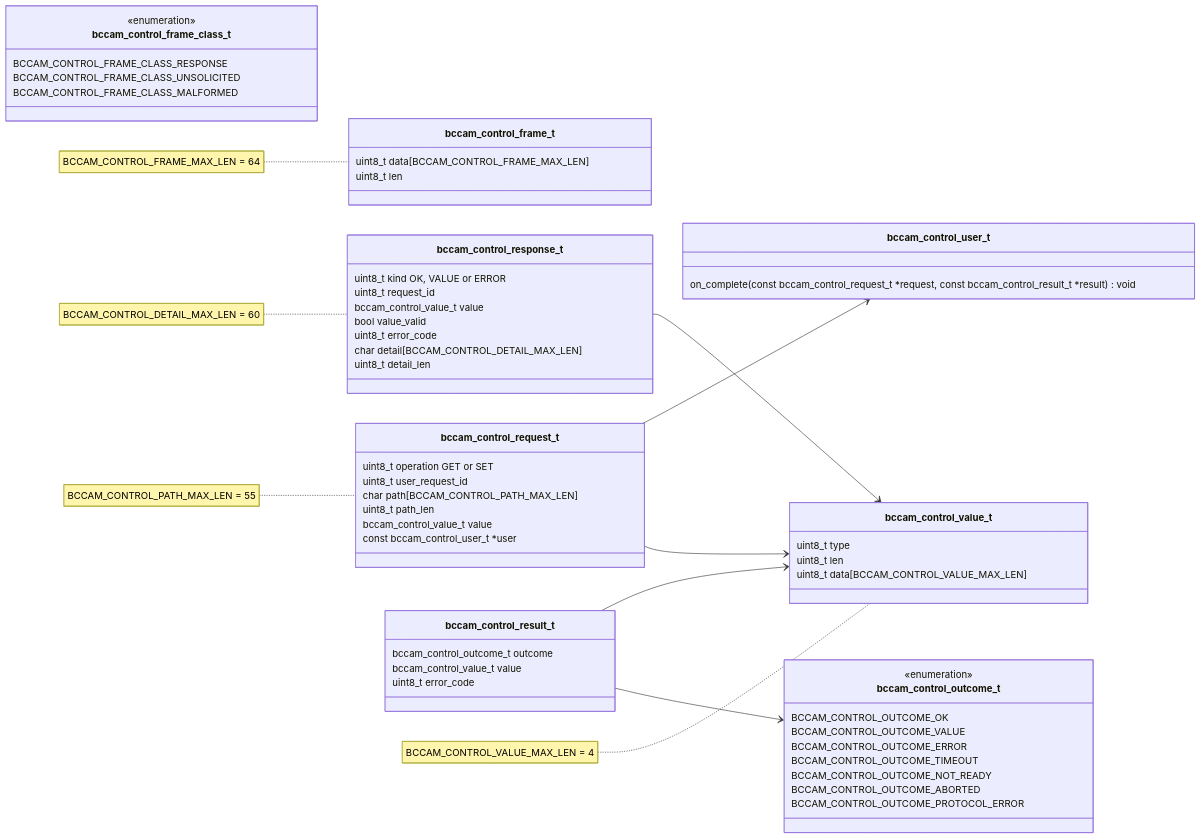
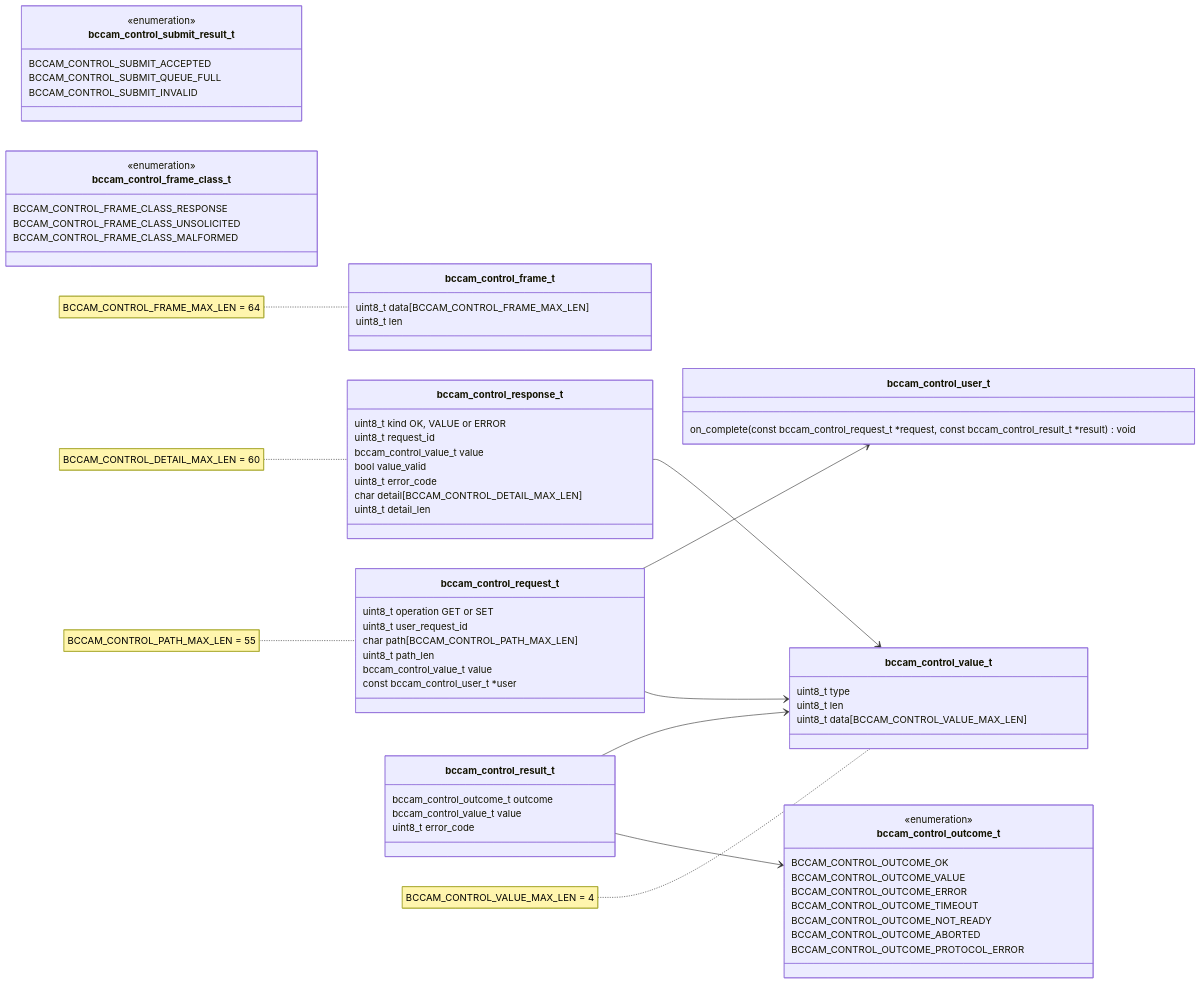
Before and after one commit to bitcraze/crazyflie-firmware: the second of 10 diagrams in docs/functional-areas/camera-deck-control.md, drawn with Mermaid. The commit also changed other lines of this file, not shown here.

````diff
--- a/docs/functional-areas/camera-deck-control.md
+++ b/docs/functional-areas/camera-deck-control.md
@@ -229,72 +230,79 @@
 ```mermaid
 classDiagram
     direction LR
 
     class bccam_control_frame_t {
         uint8_t data[BCCAM_CONTROL_FRAME_MAX_LEN]
         uint8_t len
     }
     note for bccam_control_frame_t "BCCAM_CONTROL_FRAME_MAX_LEN = 64"
 
     class bccam_control_request_t {
         uint8_t operation GET or SET
         uint8_t user_request_id
         char path[BCCAM_CONTROL_PATH_MAX_LEN]
         uint8_t path_len
         bccam_control_value_t value
         const bccam_control_user_t *user
     }
     note for bccam_control_request_t "BCCAM_CONTROL_PATH_MAX_LEN = 55"
 
     class bccam_control_response_t {
         uint8_t kind OK, VALUE or ERROR
         uint8_t request_id
         bccam_control_value_t value
         bool value_valid
         uint8_t error_code
         char detail[BCCAM_CONTROL_DETAIL_MAX_LEN]
         uint8_t detail_len
     }
     note for bccam_control_response_t "BCCAM_CONTROL_DETAIL_MAX_LEN = 60"
 
     class bccam_control_user_t {
         on_complete(const bccam_control_request_t *request, const bccam_control_result_t *result) void
     }
 
     class bccam_control_result_t {
         bccam_control_outcome_t outcome
         bccam_control_value_t value
         uint8_t error_code
     }
 
     class bccam_control_outcome_t {
         <<enumeration>>
         BCCAM_CONTROL_OUTCOME_OK
         BCCAM_CONTROL_OUTCOME_VALUE
         BCCAM_CONTROL_OUTCOME_ERROR
         BCCAM_CONTROL_OUTCOME_TIMEOUT
         BCCAM_CONTROL_OUTCOME_NOT_READY
         BCCAM_CONTROL_OUTCOME_ABORTED
         BCCAM_CONTROL_OUTCOME_PROTOCOL_ERROR
     }
 
+    class bccam_control_submit_result_t {
+        <<enumeration>>
+        BCCAM_CONTROL_SUBMIT_ACCEPTED
+        BCCAM_CONTROL_SUBMIT_QUEUE_FULL
+        BCCAM_CONTROL_SUBMIT_INVALID
+    }
+
     class bccam_control_value_t {
         uint8_t type
         uint8_t len
         uint8_t data[BCCAM_CONTROL_VALUE_MAX_LEN]
     }
     note for bccam_control_value_t "BCCAM_CONTROL_VALUE_MAX_LEN = 4"
 
     class bccam_control_frame_class_t {
         <<enumeration>>
         BCCAM_CONTROL_FRAME_CLASS_RESPONSE
         BCCAM_CONTROL_FRAME_CLASS_UNSOLICITED
         BCCAM_CONTROL_FRAME_CLASS_MALFORMED
     }
 
     bccam_control_result_t --> bccam_control_outcome_t
     bccam_control_request_t --> bccam_control_value_t
     bccam_control_request_t --> bccam_control_user_t
     bccam_control_result_t --> bccam_control_value_t
     bccam_control_response_t --> bccam_control_value_t
 ```
````
